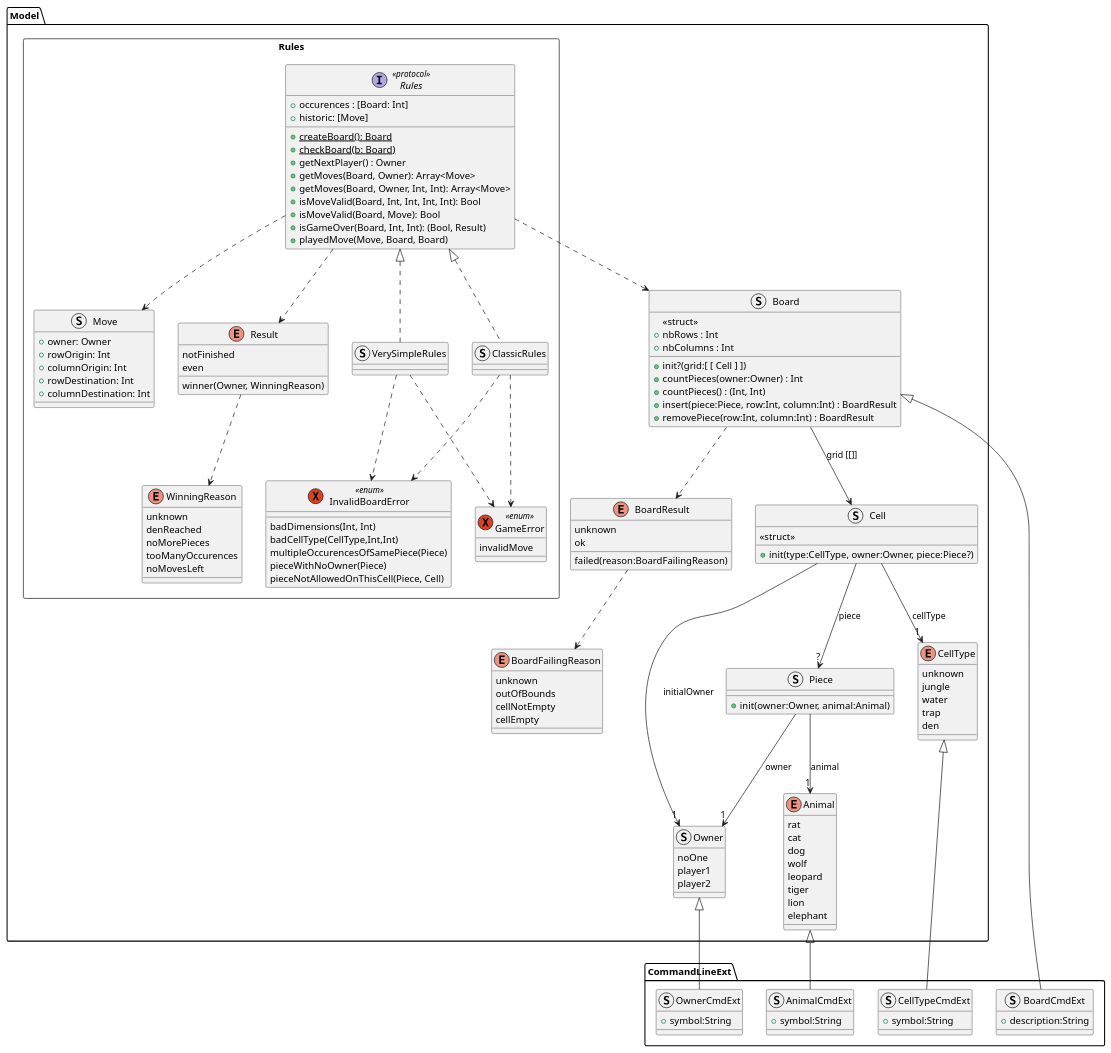
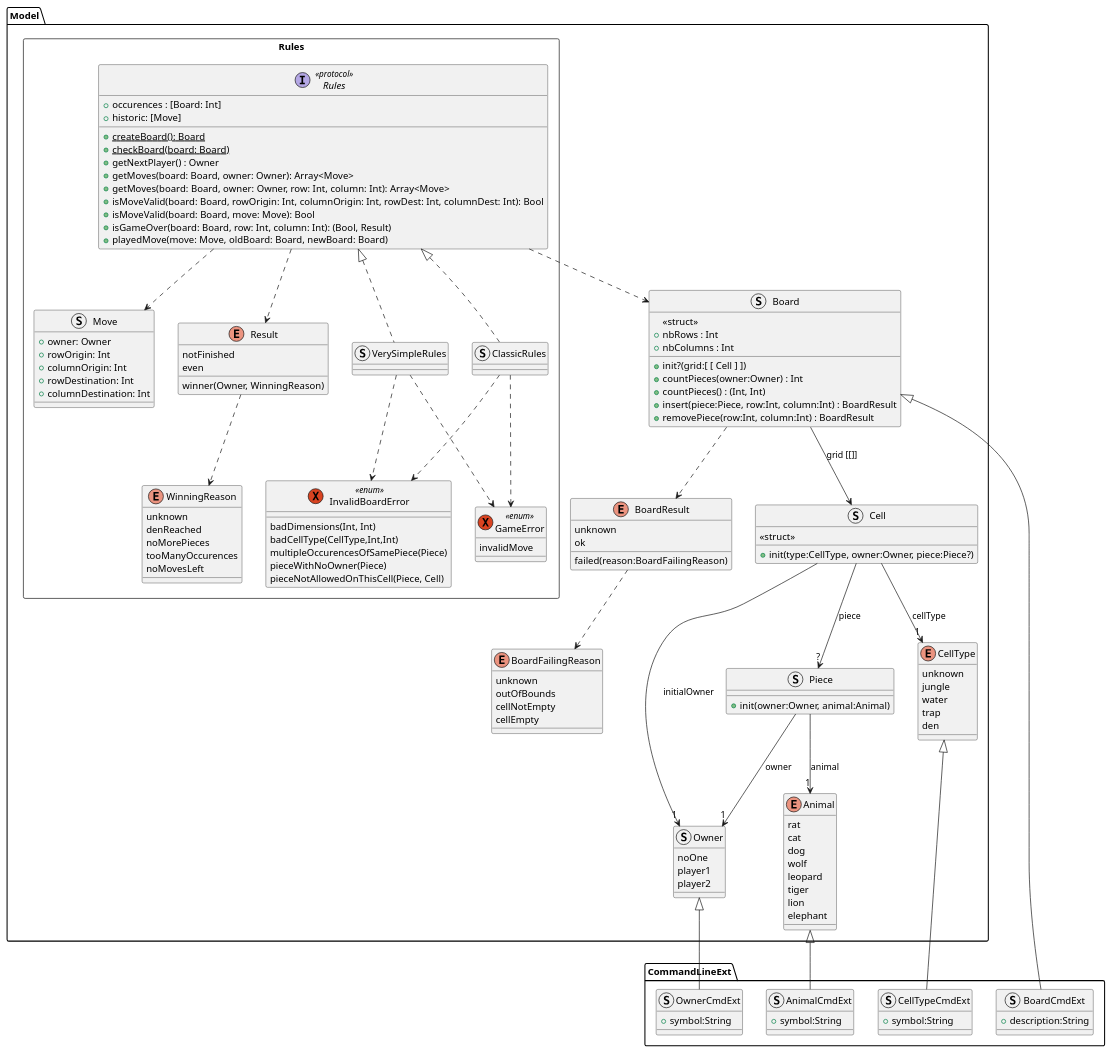
The second of 2 diagrams in README.md (axdelafuen/doushouqi), drawn with PlantUML before and after one commit.

```diff
--- a/README.md
+++ b/README.md
@@ -137,14 +137,14 @@
     package Rules <<Rectangle>> {
        interface Rules <<protocol>> {
 	    {static} +createBoard(): Board
-	    {static} +checkBoard(b: Board)
+	    {static} +checkBoard(board: Board)
 	    +getNextPlayer() : Owner
-	    +getMoves(Board, Owner): Array<Move>
-	    +getMoves(Board, Owner, Int, Int): Array<Move>
-	    +isMoveValid(Board, Int, Int, Int, Int): Bool
-	    +isMoveValid(Board, Move): Bool
-	    +isGameOver(Board, Int, Int): (Bool, Result)  
-	    +playedMove(Move, Board, Board)
+	    +getMoves(board: Board, owner: Owner): Array<Move>
+	    +getMoves(board: Board, owner: Owner, row: Int, column: Int): Array<Move>
+	    +isMoveValid(board: Board, rowOrigin: Int, columnOrigin: Int, rowDest: Int, columnDest: Int): Bool
+	    +isMoveValid(board: Board, move: Move): Bool
+	    +isGameOver(board: Board, row: Int, column: Int): (Bool, Result)  
+	    +playedMove(move: Move, oldBoard: Board, newBoard: Board)
 	    +occurences : [Board: Int]
 	    +historic: [Move]
 	}
```
